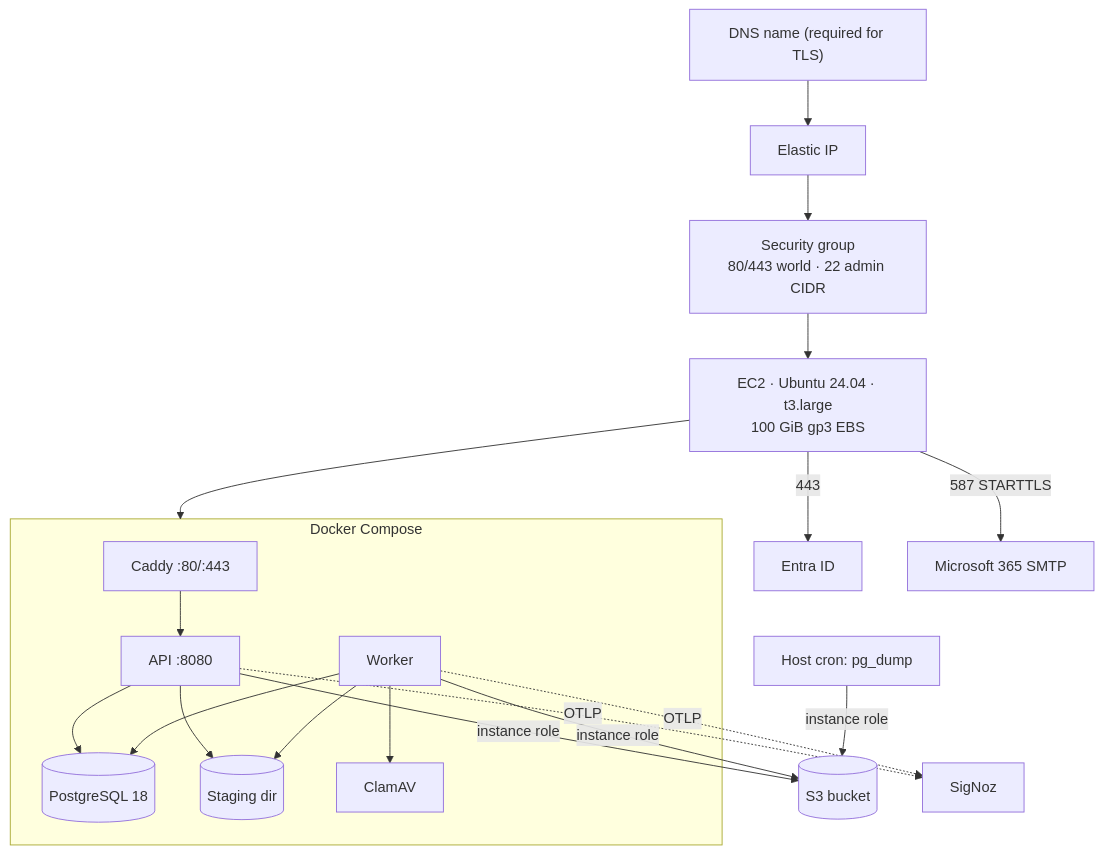
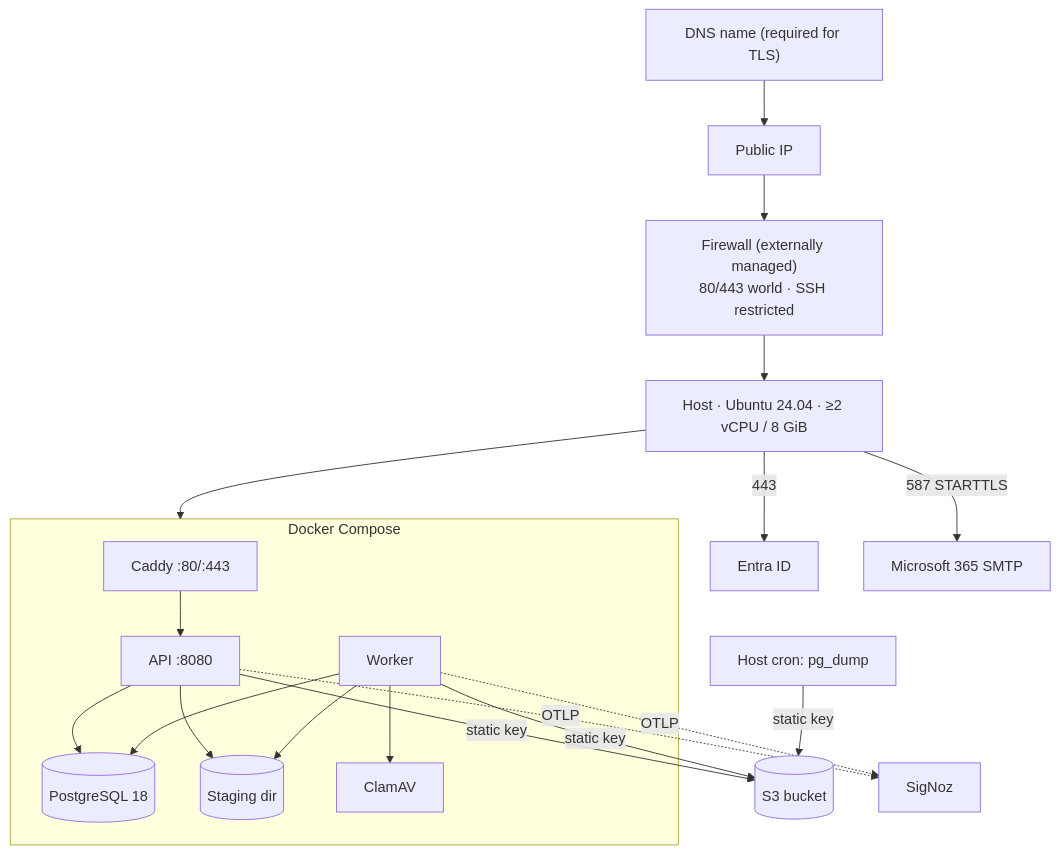
One commit to solucionesjj/files changed the sixth of 6 diagrams in docs/02-architecture/architecture.md. Above: the diagram before and after it, drawn with Mermaid. The commit also changed other lines of this file and 29 other files, not shown here.

Commit message:
docs: align architecture and ops docs with pre-existing host

````diff
--- a/docs/02-architecture/architecture.md
+++ b/docs/02-architecture/architecture.md
@@ -298,22 +299,22 @@
 ```mermaid
 flowchart TB
-  dns["DNS name (required for TLS)"] --> eip["Elastic IP"]
-  eip --> sg["Security group<br/>80/443 world · 22 admin CIDR"]
-  sg --> ec2["EC2 · Ubuntu 24.04 · t3.large<br/>100 GiB gp3 EBS"]
-  subgraph ec2box["Docker Compose"]
+  dns["DNS name (required for TLS)"] --> ip["Public IP"]
+  ip --> fw["Firewall (externally managed)<br/>80/443 world · SSH restricted"]
+  fw --> host["Host · Ubuntu 24.04 · ≥2 vCPU / 8 GiB"]
+  subgraph hostbox["Docker Compose"]
     caddy["Caddy :80/:443"] --> api["API :8080"]
     api --> pg[("PostgreSQL 18")]
     api --> staging[("Staging dir")]
     worker["Worker"] --> pg
     worker --> staging
     worker --> clam["ClamAV"]
   end
-  ec2 --> ec2box
-  api -->|instance role| s3[("S3 bucket")]
-  worker -->|instance role| s3
-  cron["Host cron: pg_dump"] -->|instance role| s3
+  host --> hostbox
+  api -->|static key| s3[("S3 bucket")]
+  worker -->|static key| s3
+  cron["Host cron: pg_dump"] -->|static key| s3
   api -.->|OTLP| signoz["SigNoz"]
   worker -.->|OTLP| signoz
-  ec2 -->|443| entra["Entra ID"]
-  ec2 -->|587 STARTTLS| m365["Microsoft 365 SMTP"]
+  host -->|443| entra["Entra ID"]
+  host -->|587 STARTTLS| m365["Microsoft 365 SMTP"]
 ```
````
